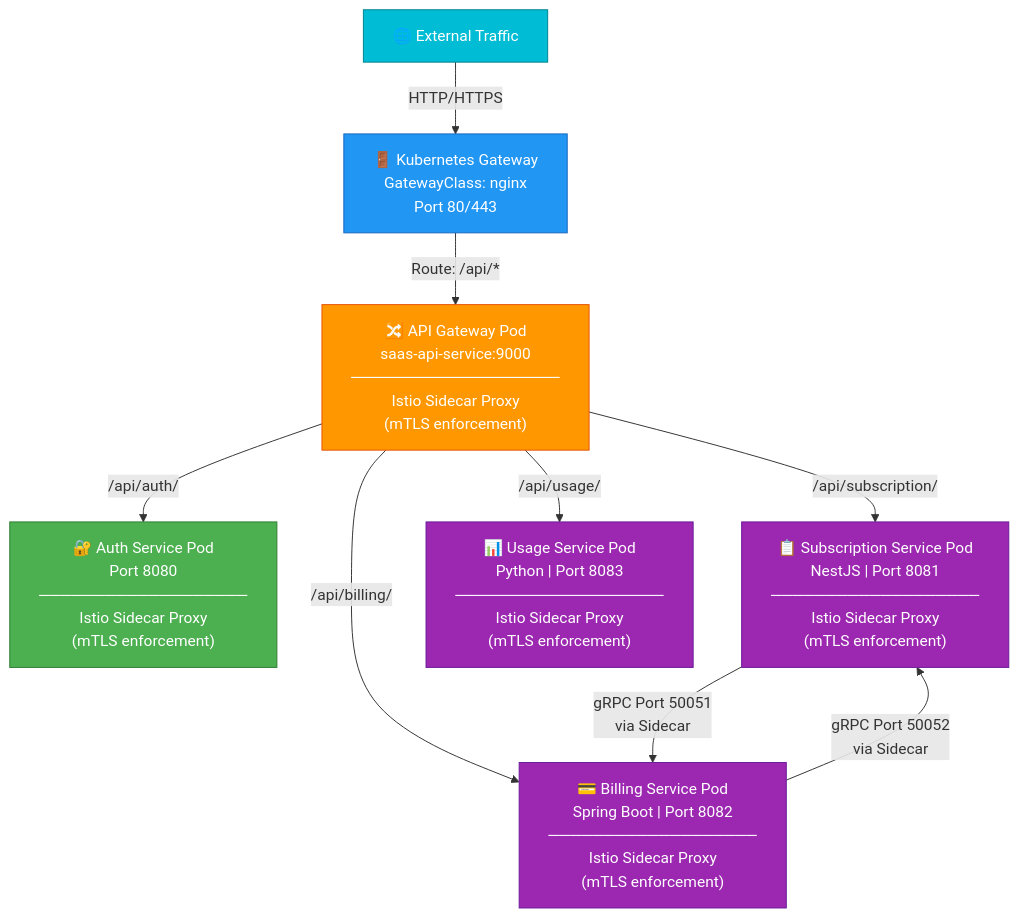
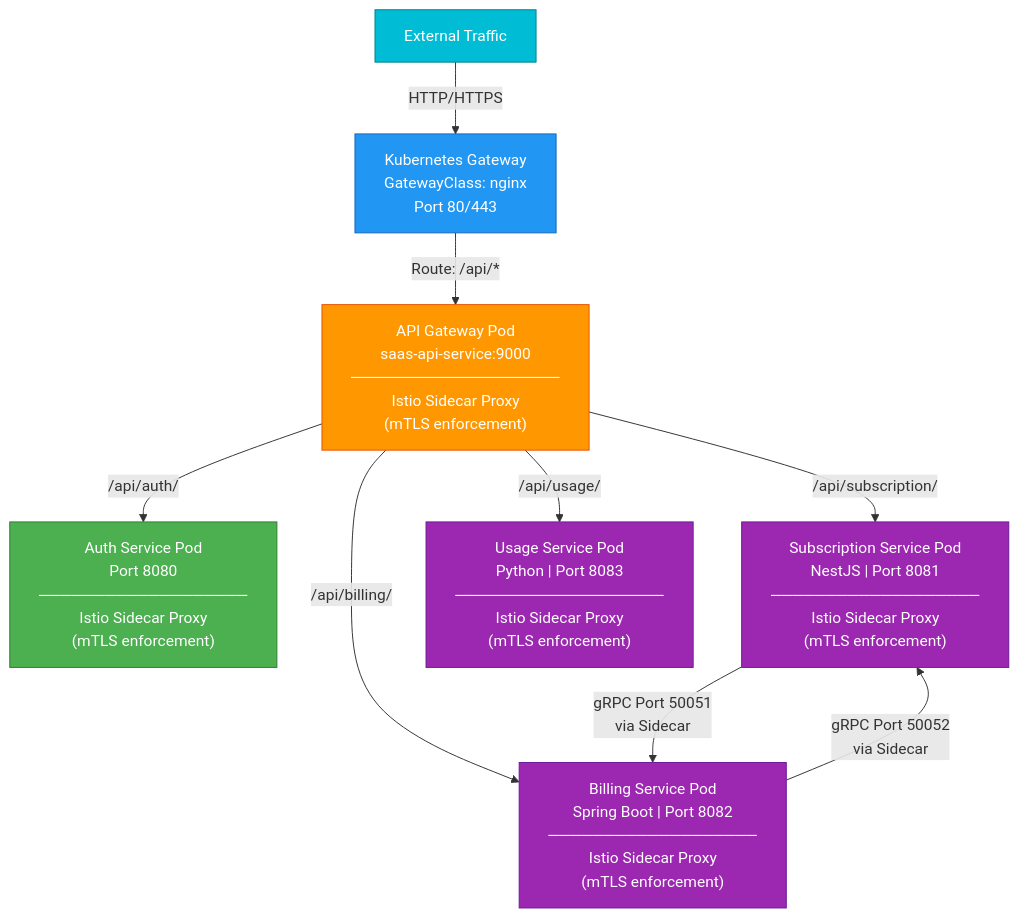
Before and after one commit to huzaifa678/SAAS-Continious-Delivery: the diagram in README.md, drawn with Mermaid. The commit also changed other lines of this file, not shown here.

````diff
--- a/README.md
+++ b/README.md
@@ -134,26 +133,26 @@
 ```mermaid
 graph TD
-    EXT["🌐 External Traffic"]
-    EXT -->|HTTP/HTTPS| GW["🚪 Kubernetes Gateway<br/>GatewayClass: nginx<br/>Port 80/443"]
+    EXT["External Traffic"]
+    EXT -->|HTTP/HTTPS| GW["Kubernetes Gateway<br/>GatewayClass: nginx<br/>Port 80/443"]
     
-    GW -->|Route: /api/*| APIGW["🔀 API Gateway Pod<br/>saas-api-service:9000<br/>───────────────────<br/>Istio Sidecar Proxy<br/>(mTLS enforcement)"]
+    GW -->|Route: /api/*| APIGW["API Gateway Pod<br/>saas-api-service:9000<br/>───────────────────<br/>Istio Sidecar Proxy<br/>(mTLS enforcement)"]
     
-    APIGW -->|/api/auth/| AUTH["🔐 Auth Service Pod<br/>Port 8080<br/>───────────────────<br/>Istio Sidecar Proxy<br/>(mTLS enforcement)"]
+    APIGW -->|/api/auth/| AUTH["Auth Service Pod<br/>Port 8080<br/>───────────────────<br/>Istio Sidecar Proxy<br/>(mTLS enforcement)"]
     
-    APIGW -->|/api/subscription/| SUB["📋 Subscription Service Pod<br/>NestJS | Port 8081<br/>───────────────────<br/>Istio Sidecar Proxy<br/>(mTLS enforcement)"]
+    APIGW -->|/api/subscription/| SUB["Subscription Service Pod<br/>NestJS | Port 8081<br/>───────────────────<br/>Istio Sidecar Proxy<br/>(mTLS enforcement)"]
     
-    APIGW -->|/api/billing/| BILL["💳 Billing Service Pod<br/>Spring Boot | Port 8082<br/>───────────────────<br/>Istio Sidecar Proxy<br/>(mTLS enforcement)"]
+    APIGW -->|/api/billing/| BILL["Billing Service Pod<br/>Spring Boot | Port 8082<br/>───────────────────<br/>Istio Sidecar Proxy<br/>(mTLS enforcement)"]
     
-    APIGW -->|/api/usage/| USAGE["📊 Usage Service Pod<br/>Python | Port 8083<br/>───────────────────<br/>Istio Sidecar Proxy<br/>(mTLS enforcement)"]
+    APIGW -->|/api/usage/| USAGE["Usage Service Pod<br/>Python | Port 8083<br/>───────────────────<br/>Istio Sidecar Proxy<br/>(mTLS enforcement)"]
     
     SUB -->|gRPC Port 50051<br/>via Sidecar| BILL
     BILL -->|gRPC Port 50052<br/>via Sidecar| SUB
     
     style GW fill:#2196f3,stroke:#1565c0,color:#fff
     style APIGW fill:#ff9800,stroke:#e65100,color:#fff
     style AUTH fill:#4caf50,stroke:#2e7d32,color:#fff
     style SUB fill:#9c27b0,stroke:#6a1b9a,color:#fff
     style BILL fill:#9c27b0,stroke:#6a1b9a,color:#fff
     style USAGE fill:#9c27b0,stroke:#6a1b9a,color:#fff
     style EXT fill:#00bcd4,stroke:#00838f,color:#fff
 ```
````
